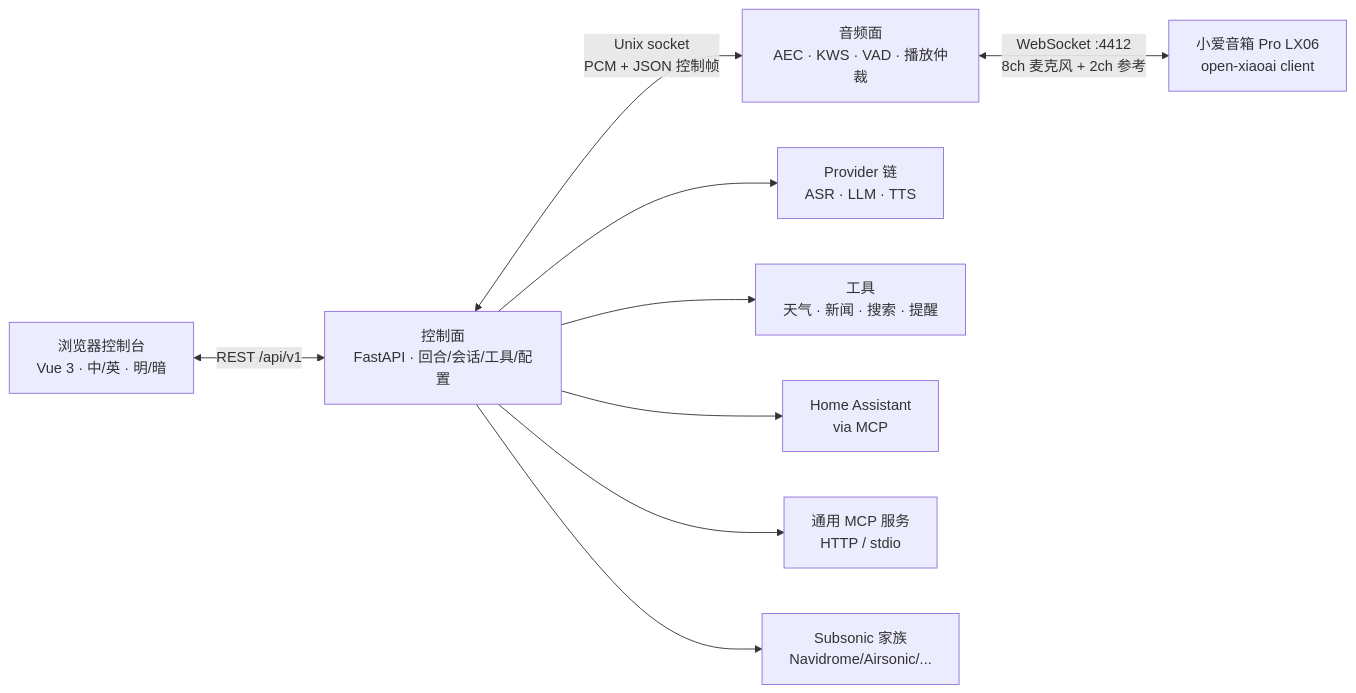
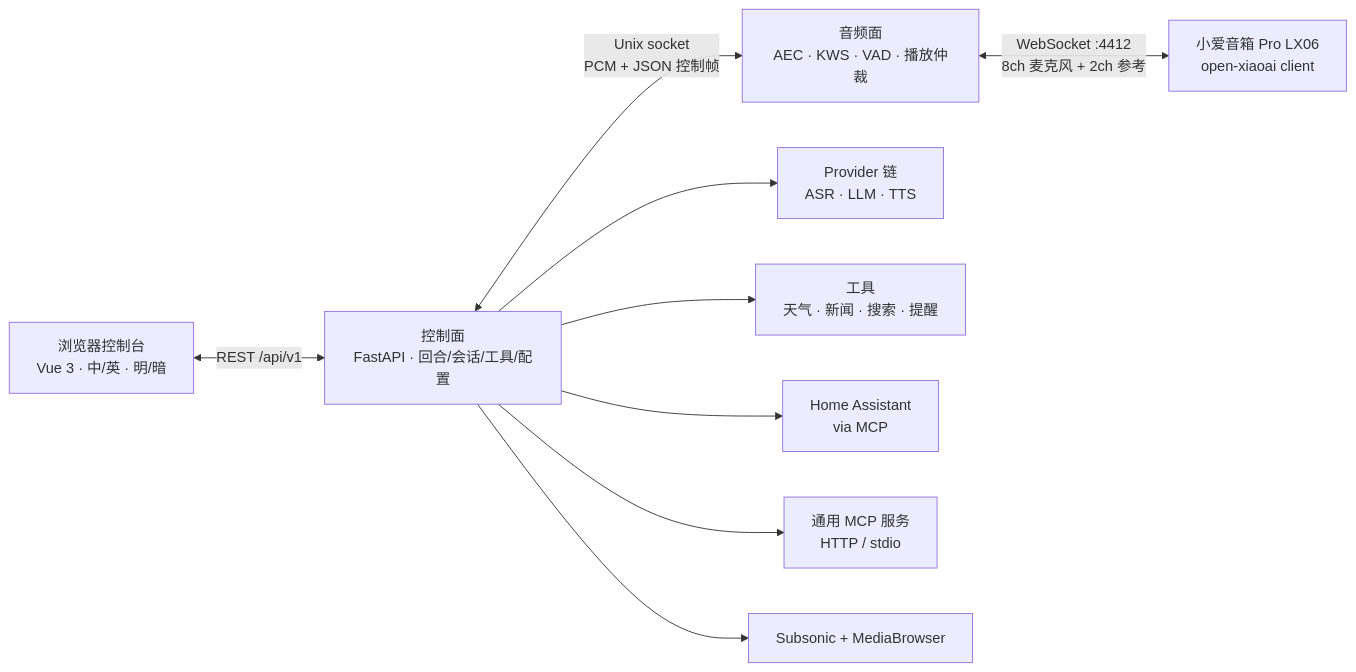
One commit to yes999zc/rui changed the first of 2 diagrams in README.md. Above: the diagram before and after it, drawn with Mermaid. The commit also changed other lines of this file and 12 other files, not shown here.

````diff
--- a/README.md
+++ b/README.md
@@ -151,11 +112,11 @@
 ```mermaid
 flowchart LR
   browser["浏览器控制台<br/>Vue 3 · 中/英 · 明/暗"] <-->|REST /api/v1| ctl["控制面<br/>FastAPI · 回合/会话/工具/配置"]
   ctl <-->|Unix socket<br/>PCM + JSON 控制帧| plane["音频面<br/>AEC · KWS · VAD · 播放仲裁"]
   plane <-->|WebSocket :4412<br/>8ch 麦克风 + 2ch 参考| speaker["小爱音箱 Pro LX06<br/>open-xiaoai client"]
   ctl --> providers["Provider 链<br/>ASR · LLM · TTS"]
   ctl --> tools["工具<br/>天气 · 新闻 · 搜索 · 提醒"]
   ctl --> ha["Home Assistant<br/>via MCP"]
   ctl --> mcp["通用 MCP 服务<br/>HTTP / stdio"]
-  ctl --> music["Subsonic 家族<br/>Navidrome/Airsonic/..."]
+  ctl --> music["Subsonic + MediaBrowser"]
 ```
````
